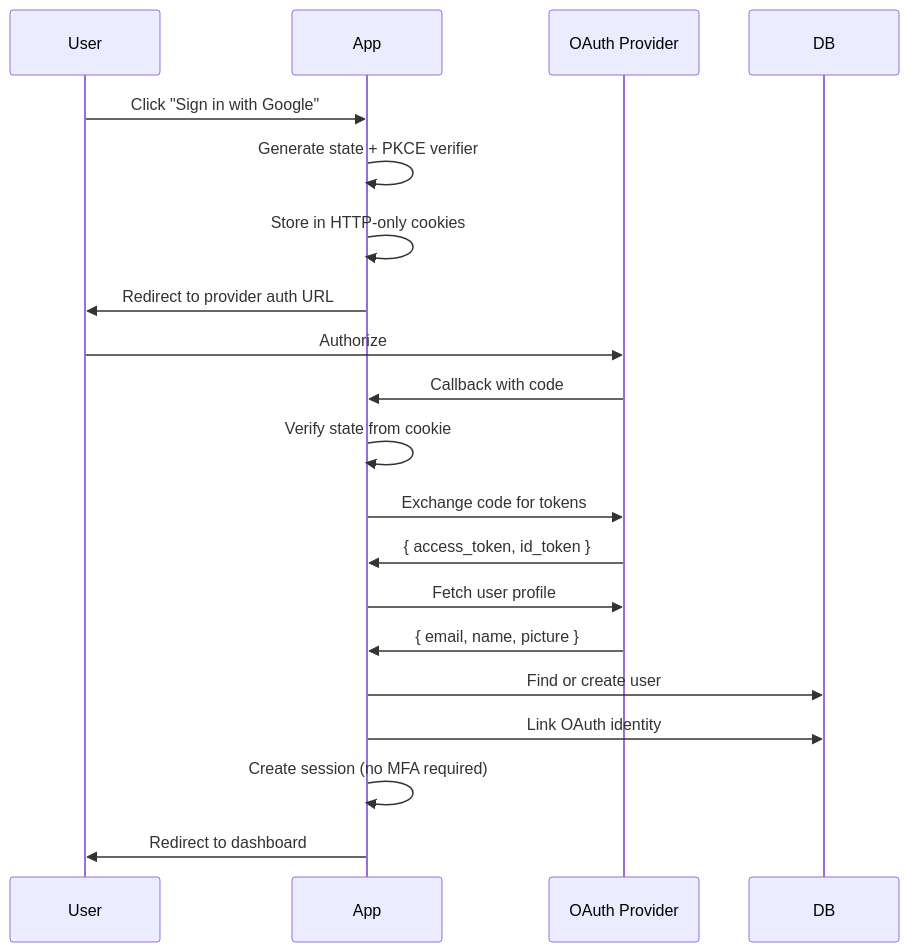
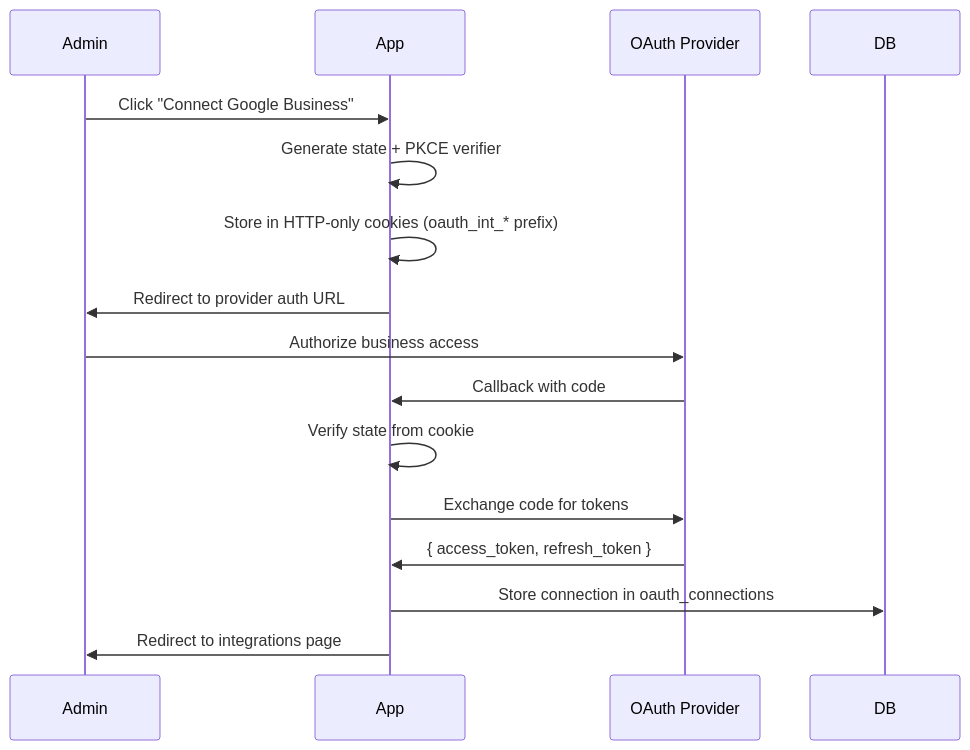
One commit to joelhmartin/Anchor-Client-Dashboard changed the seventh of 7 diagrams in docs/SECURITY.md. Above: the diagram before and after it, drawn with Mermaid. The commit also changed other lines of this file and 10 other files, not shown here.

````diff
--- a/docs/SECURITY.md
+++ b/docs/SECURITY.md
@@ -557,27 +561,22 @@
 ```mermaid
 sequenceDiagram
-    participant User
+    participant Admin
     participant App
     participant Provider as OAuth Provider
     participant DB
 
-    User->>App: Click "Sign in with Google"
+    Admin->>App: Click "Connect Google Business"
     App->>App: Generate state + PKCE verifier
-    App->>App: Store in HTTP-only cookies
-    App->>User: Redirect to provider auth URL
+    App->>App: Store in HTTP-only cookies (oauth_int_* prefix)
+    App->>Admin: Redirect to provider auth URL
 
-    User->>Provider: Authorize
+    Admin->>Provider: Authorize business access
     Provider->>App: Callback with code
 
     App->>App: Verify state from cookie
     App->>Provider: Exchange code for tokens
-    Provider->>App: { access_token, id_token }
+    Provider->>App: { access_token, refresh_token }
 
-    App->>Provider: Fetch user profile
-    Provider->>App: { email, name, picture }
-
-    App->>DB: Find or create user
-    App->>DB: Link OAuth identity
-    App->>App: Create session (no MFA required)
-    App->>User: Redirect to dashboard
+    App->>DB: Store connection in oauth_connections
+    App->>Admin: Redirect to integrations page
 ```
````
